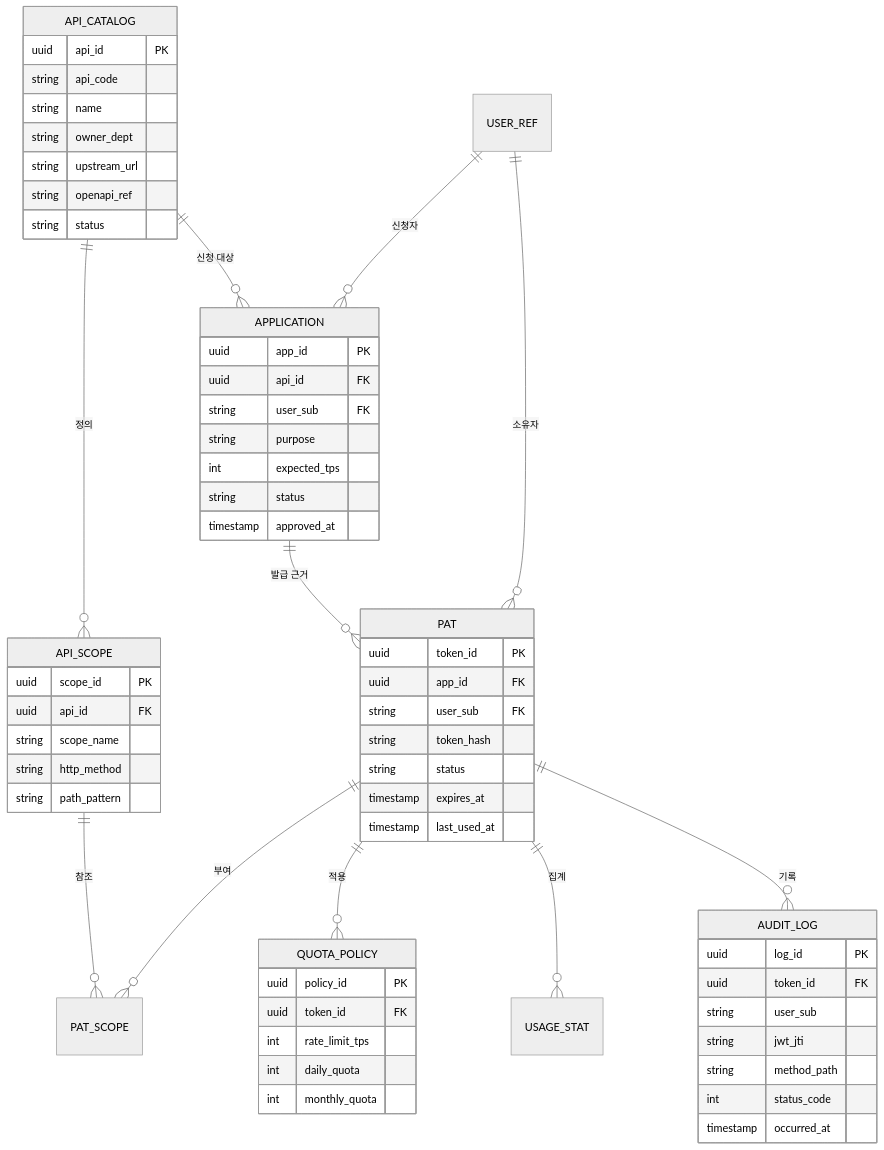
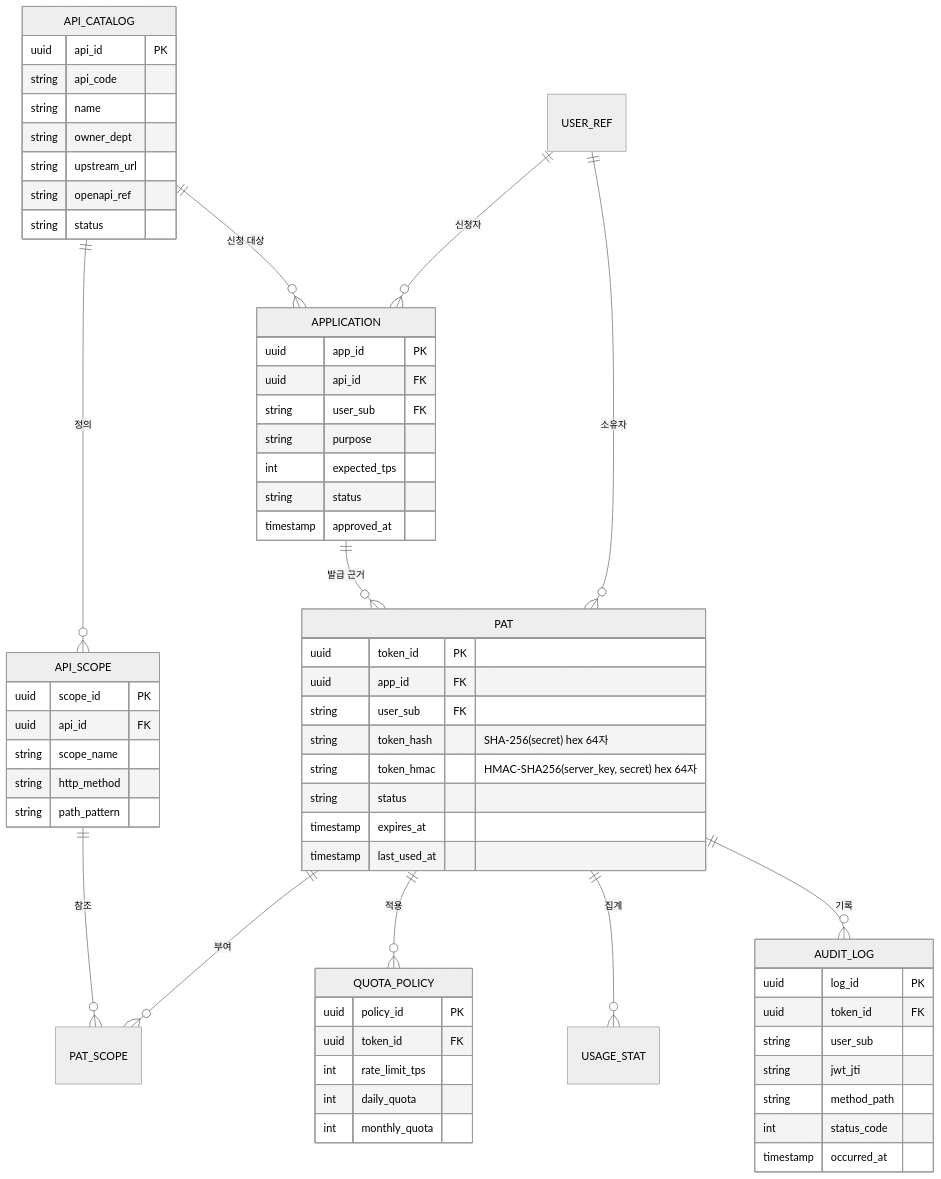
One commit to tuchy81/api-portal changed the eighth of 9 diagrams in 01_시민개발자_API포털_아키텍처정의서.md. Above: the diagram before and after it, drawn with Mermaid. The commit also changed other lines of this file and 18 other files, not shown here.

````diff
--- a/01_시민개발자_API포털_아키텍처정의서.md
+++ b/01_시민개발자_API포털_아키텍처정의서.md
@@ -450,65 +450,66 @@
 ```mermaid
 %%{init: {'theme':'neutral'}}%%
 erDiagram
     API_CATALOG ||--o{ API_SCOPE : "정의"
     API_CATALOG ||--o{ APPLICATION : "신청 대상"
     APPLICATION ||--o{ PAT : "발급 근거"
     PAT ||--o{ PAT_SCOPE : "부여"
     API_SCOPE ||--o{ PAT_SCOPE : "참조"
     PAT ||--o{ QUOTA_POLICY : "적용"
     PAT ||--o{ USAGE_STAT : "집계"
     PAT ||--o{ AUDIT_LOG : "기록"
     USER_REF ||--o{ APPLICATION : "신청자"
     USER_REF ||--o{ PAT : "소유자"
 
     API_CATALOG {
         uuid api_id PK
         string api_code
         string name
         string owner_dept
         string upstream_url
         string openapi_ref
         string status
     }
     API_SCOPE {
         uuid scope_id PK
         uuid api_id FK
         string scope_name
         string http_method
         string path_pattern
     }
     APPLICATION {
         uuid app_id PK
         uuid api_id FK
         string user_sub FK
         string purpose
         int expected_tps
         string status
         timestamp approved_at
     }
     PAT {
         uuid token_id PK
         uuid app_id FK
         string user_sub FK
-        string token_hash
+        string token_hash "SHA-256(secret) hex 64자"
+        string token_hmac "HMAC-SHA256(server_key, secret) hex 64자"
         string status
         timestamp expires_at
         timestamp last_used_at
     }
     QUOTA_POLICY {
         uuid policy_id PK
         uuid token_id FK
         int rate_limit_tps
         int daily_quota
         int monthly_quota
     }
     AUDIT_LOG {
         uuid log_id PK
         uuid token_id FK
         string user_sub
         string jwt_jti
         string method_path
         int status_code
         timestamp occurred_at
     }
 ```
````
